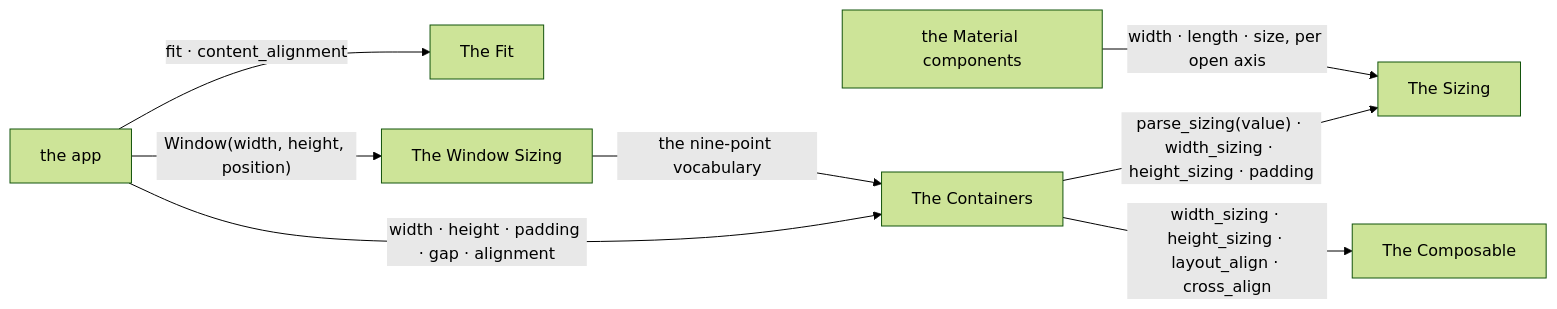
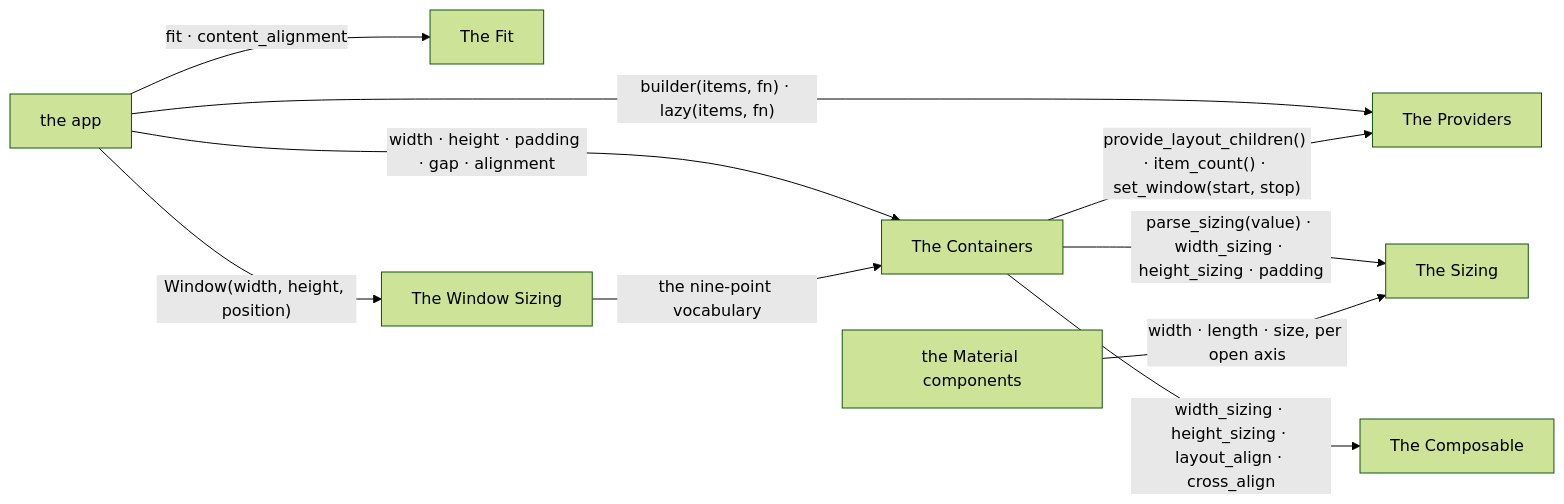
The first of 9 diagrams in docs/design/LAYOUT.md (yuksblog/nuiitivet), drawn with Mermaid (forest theme) before and after one commit. The commit also changed other lines of this file and 14 other files, not shown here.

First line of the commit message:
feat(layout): Column.lazy, Row.lazy and UniformFlow.lazy build the items in view

````diff
--- a/docs/design/LAYOUT.md
+++ b/docs/design/LAYOUT.md
@@ -12,18 +12,21 @@
 ```mermaid
 flowchart LR
     sizing[The Sizing]
     containers[The Containers]
+    providers[The Providers]
     composable[The Composable]
     fit[The Fit]
     window[The Window Sizing]
     material[the Material components]
     app[the app]
 
     app -- "width · height · padding · gap · alignment" --> containers
+    app -- "builder(items, fn) · lazy(items, fn)" --> providers
+    containers -- "provide_layout_children() · item_count() · set_window(start, stop)" --> providers
     containers -- "parse_sizing(value) · width_sizing · height_sizing · padding" --> sizing
     containers -- "width_sizing · height_sizing · layout_align · cross_align" --> composable
     material -- "width · length · size, per open axis" --> sizing
     app -- "fit · content_alignment" --> fit
     app -- "Window(width, height, position)" --> window
     window -- "the nine-point vocabulary" --> containers
 ```
````
